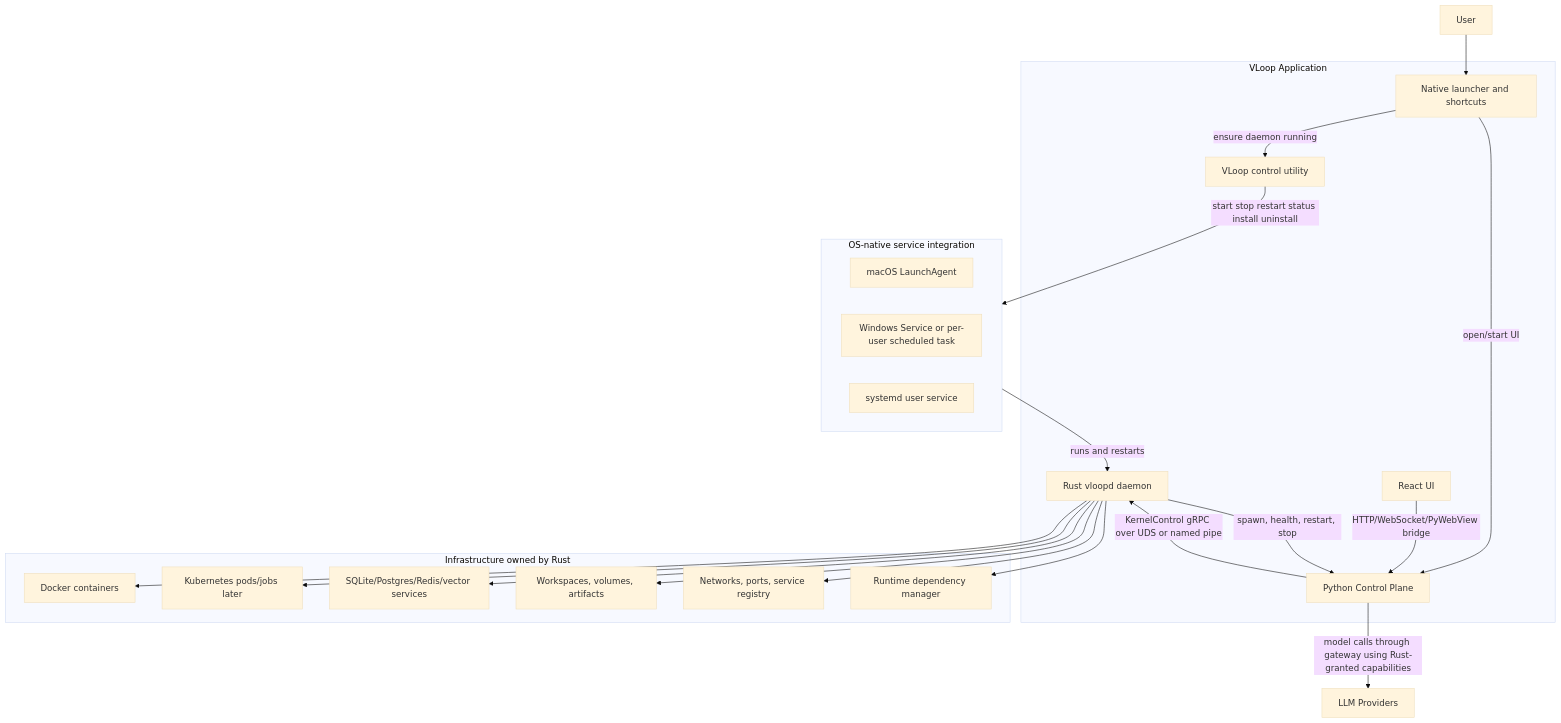
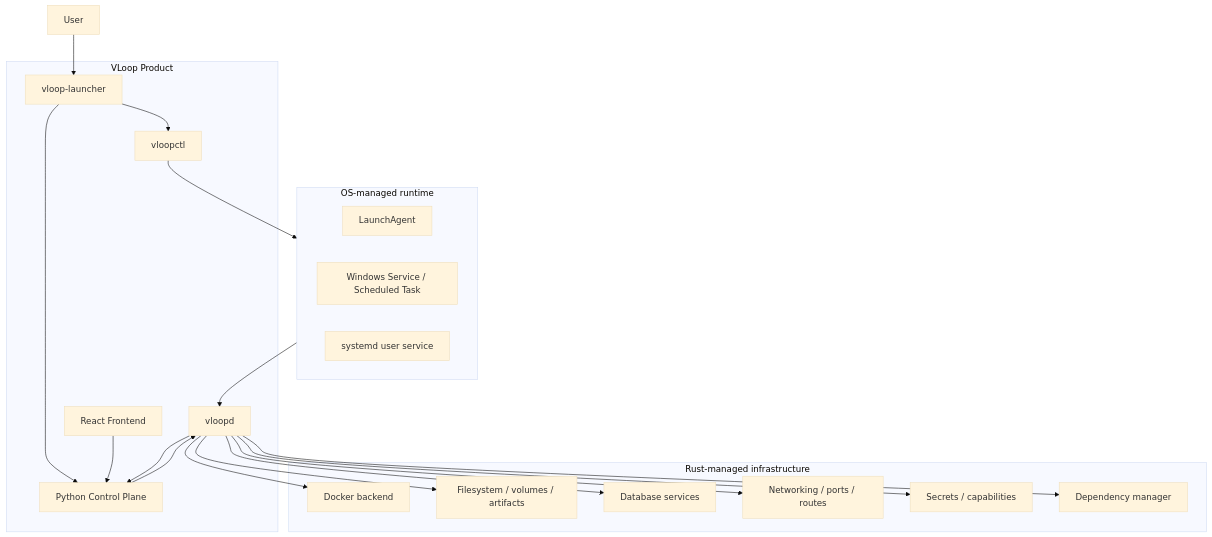
One commit to Psyborgs-git/Vloop-harness changed the second of 4 diagrams in docs/fix-plan.md. Above: the diagram before and after it, drawn with Mermaid (base theme). The commit also changed other lines of this file and 182 other files, not shown here.

````diff
--- a/docs/fix-plan.md
+++ b/docs/fix-plan.md
@@ -160,41 +98,40 @@
 ```mermaid
 flowchart TB
-    subgraph App[VLoop Application]
-        UI[React UI]
+    subgraph Product[VLoop Product]
+        Launcher[vloop-launcher]
+        Kernel[vloopd]
+        CLI[vloopctl]
         CP[Python Control Plane]
-        Kernel[Rust vloopd daemon]
-        Launcher[Native launcher and shortcuts]
-        Control[VLoop control utility]
+        UI[React Frontend]
     end
 
-    subgraph OS[OS-native service integration]
-        Mac[macOS LaunchAgent]
-        Win[Windows Service or per-user scheduled task]
+    subgraph OS[OS-managed runtime]
+        Mac[LaunchAgent]
+        Win[Windows Service / Scheduled Task]
         Linux[systemd user service]
     end
 
-    subgraph Infra[Infrastructure owned by Rust]
-        Containers[Docker containers]
-        Pods[Kubernetes pods/jobs later]
-        Databases[SQLite/Postgres/Redis/vector services]
-        Volumes[Workspaces, volumes, artifacts]
-        Routes[Networks, ports, service registry]
-        Deps[Runtime dependency manager]
+    subgraph Infra[Rust-managed infrastructure]
+        Docker[Docker backend]
+        FS[Filesystem / volumes / artifacts]
+        DB[Database services]
+        Net[Networking / ports / routes]
+        Secrets[Secrets / capabilities]
+        Deps[Dependency manager]
     end
 
-    User[User] --> Launcher
-    Launcher -->|open/start UI| CP
-    Launcher -->|ensure daemon running| Control
-    Control -->|start stop restart status install uninstall| OS
-    OS -->|runs and restarts| Kernel
-    UI -->|HTTP/WebSocket/PyWebView bridge| CP
-    CP -->|KernelControl gRPC over UDS or named pipe| Kernel
-    CP -->|model calls through gateway using Rust-granted capabilities| LLM[LLM Providers]
-    Kernel --> Containers
-    Kernel --> Pods
-    Kernel --> Databases
-    Kernel --> Volumes
-    Kernel --> Routes
+    User --> Launcher
+    Launcher --> CP
+    Launcher --> CLI
+    CLI --> OS
+    OS --> Kernel
+    UI --> CP
+    CP --> Kernel
+    Kernel --> Docker
+    Kernel --> FS
+    Kernel --> DB
+    Kernel --> Net
+    Kernel --> Secrets
     Kernel --> Deps
-    Kernel -->|spawn, health, restart, stop| CP
+    Kernel --> CP
 ```
````
